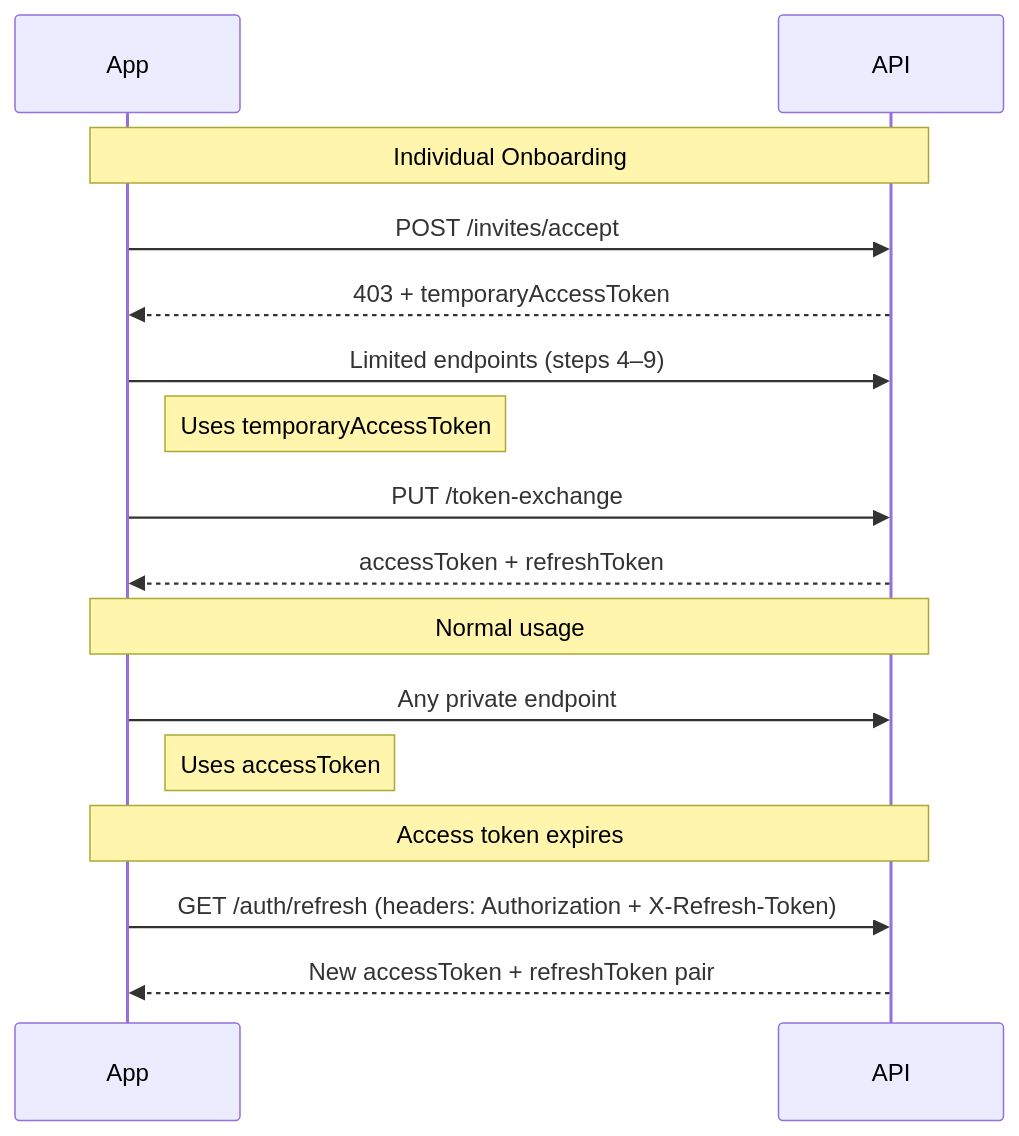
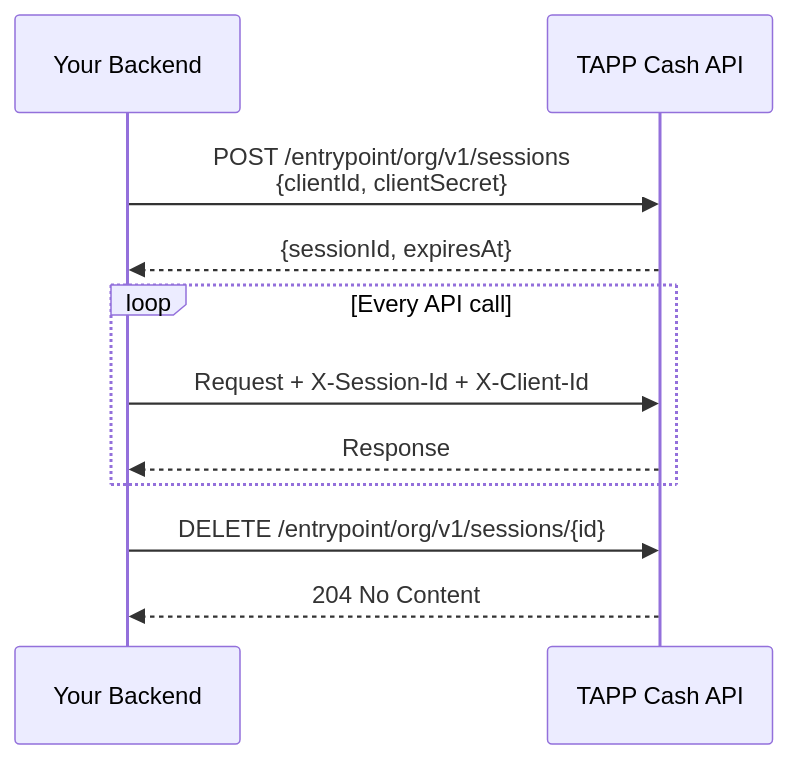
The diagram in docs/Getting Started/authentication.md (skhan-cpu/readme-paid), drawn with Mermaid before and after one commit. The commit also changed other lines of this file and 15 other files, not shown here.

Commit message:
Change it to Client Id & Client Secret intead of login and pass authe

````diff
--- a/docs/Getting Started/authentication.md
+++ b/docs/Getting Started/authentication.md
@@ -95,23 +49,16 @@
 ```mermaid
 sequenceDiagram
-    participant App
-    participant API
+    participant Backend as Your Backend
+    participant API as TAPP Cash API
 
-    Note over App,API: Individual Onboarding
-    App->>API: POST /invites/accept
-    API-->>App: 403 + temporaryAccessToken
+    Backend->>API: POST /entrypoint/org/v1/sessions<br/>{clientId, clientSecret}
+    API-->>Backend: {sessionId, expiresAt}
 
-    App->>API: Limited endpoints (steps 4–9)
-    Note right of App: Uses temporaryAccessToken
+    loop Every API call
+        Backend->>API: Request + X-Session-Id + X-Client-Id
+        API-->>Backend: Response
+    end
 
-    App->>API: PUT /token-exchange
-    API-->>App: accessToken + refreshToken
-
-    Note over App,API: Normal usage
-    App->>API: Any private endpoint
-    Note right of App: Uses accessToken
-
-    Note over App,API: Access token expires
-    App->>API: GET /auth/refresh (headers: Authorization + X-Refresh-Token)
-    API-->>App: New accessToken + refreshToken pair
+    Backend->>API: DELETE /entrypoint/org/v1/sessions/{id}
+    API-->>Backend: 204 No Content
 ```
````
